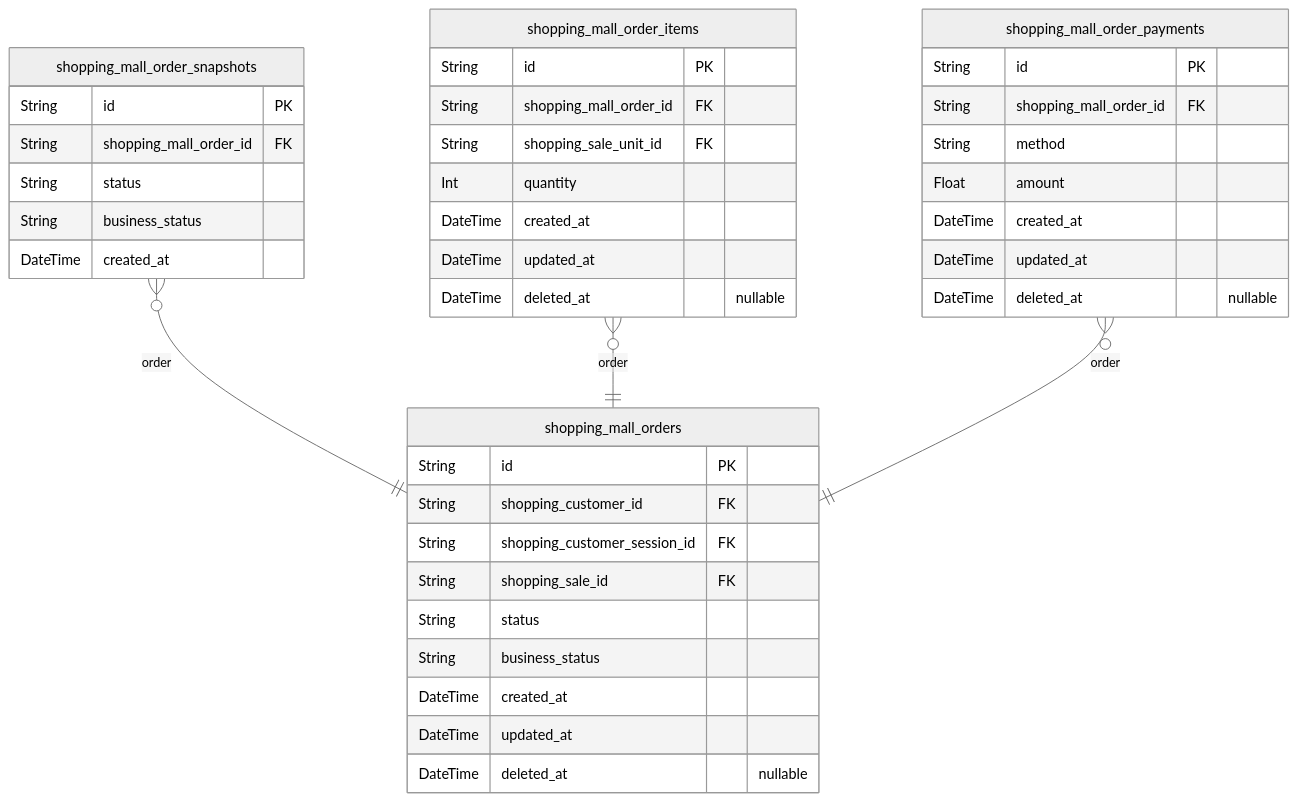
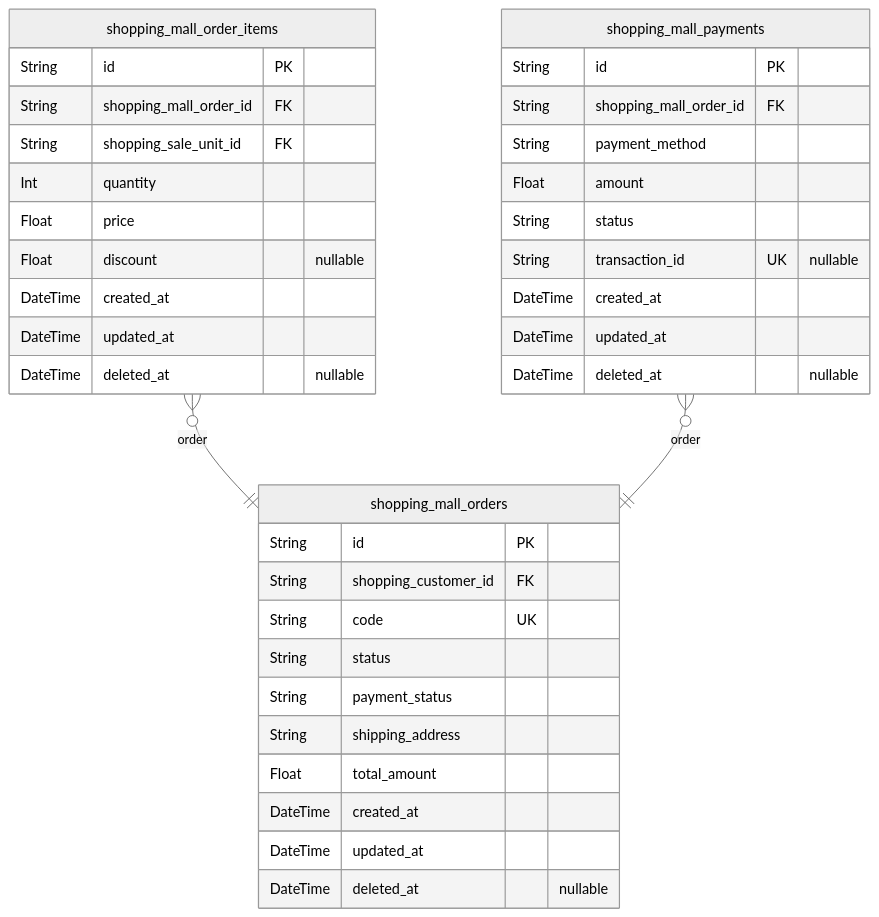
Before and after one commit to wrtnlabs/autobe-examples: the fifth of 10 diagrams in mistralai/codestral-2508/shopping/docs/ERD.md, drawn with Mermaid (neutral theme). The commit also changed other lines of this file and 7173 other files, not shown here.

````diff
--- a/mistralai/codestral-2508/shopping/docs/ERD.md
+++ b/mistralai/codestral-2508/shopping/docs/ERD.md
@@ -672,42 +607,39 @@
 ```mermaid
 erDiagram
 "shopping_mall_orders" {
   String id PK
   String shopping_customer_id FK
-  String shopping_customer_session_id FK
-  String shopping_sale_id FK
+  String code UK
   String status
-  String business_status
+  String payment_status
+  String shipping_address
+  Float total_amount
   DateTime created_at
   DateTime updated_at
   DateTime deleted_at "nullable"
-}
-"shopping_mall_order_snapshots" {
-  String id PK
-  String shopping_mall_order_id FK
-  String status
-  String business_status
-  DateTime created_at
 }
 "shopping_mall_order_items" {
   String id PK
   String shopping_mall_order_id FK
   String shopping_sale_unit_id FK
   Int quantity
+  Float price
+  Float discount "nullable"
   DateTime created_at
   DateTime updated_at
   DateTime deleted_at "nullable"
 }
-"shopping_mall_order_payments" {
+"shopping_mall_payments" {
   String id PK
   String shopping_mall_order_id FK
-  String method
+  String payment_method
   Float amount
+  String status
+  String transaction_id UK "nullable"
   DateTime created_at
   DateTime updated_at
   DateTime deleted_at "nullable"
 }
-"shopping_mall_order_snapshots" }o--|| "shopping_mall_orders" : order
 "shopping_mall_order_items" }o--|| "shopping_mall_orders" : order
-"shopping_mall_order_payments" }o--|| "shopping_mall_orders" : order
+"shopping_mall_payments" }o--|| "shopping_mall_orders" : order
 ```
````
